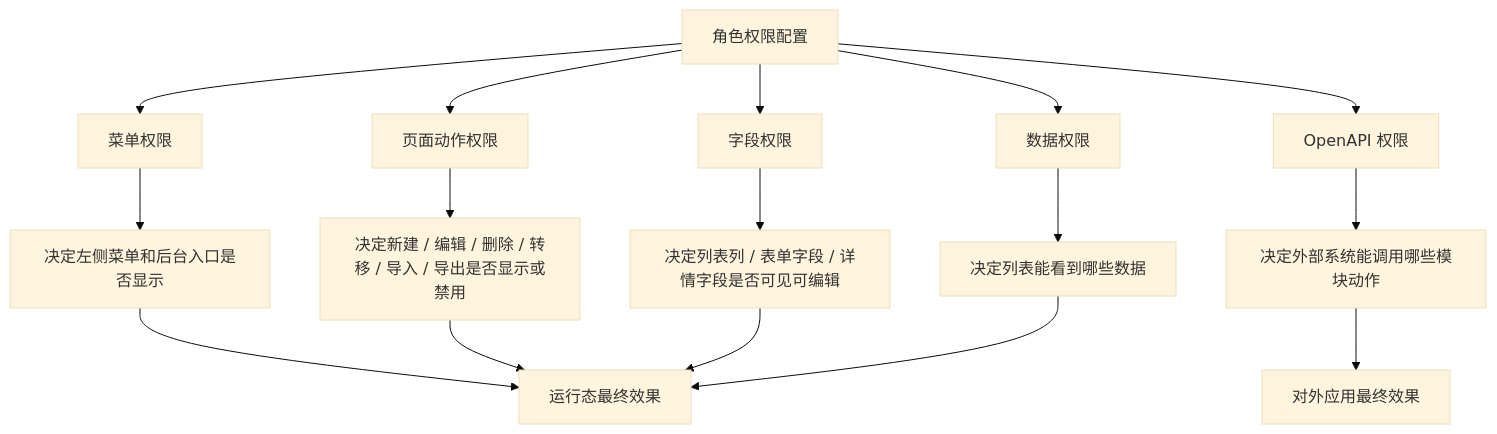
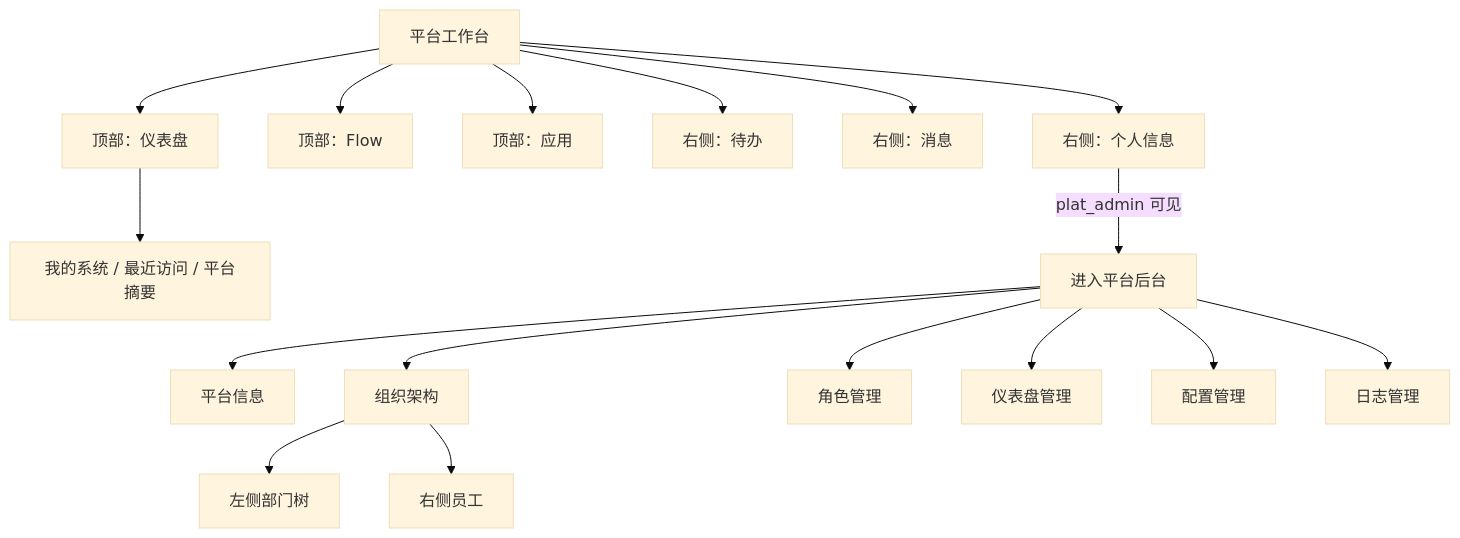
One commit to ceshi20160607/examine2 changed the fifth of 6 diagrams in docs/product-ns-map.md. Above: the diagram before and after it, drawn with Mermaid (base theme). The commit also changed other lines of this file and 112 other files, not shown here.

````diff
--- a/docs/product-ns-map.md
+++ b/docs/product-ns-map.md
@@ -285,20 +184,20 @@
 ```mermaid
 flowchart TD
-    A["角色权限配置"] --> B["菜单权限"]
-    A --> C["页面动作权限"]
-    A --> D["字段权限"]
-    A --> E["数据权限"]
-    A --> F["OpenAPI 权限"]
+    A["平台工作台"] --> A1["顶部：仪表盘"]
+    A --> A2["顶部：Flow"]
+    A --> A3["顶部：应用"]
+    A --> A4["右侧：待办"]
+    A --> A5["右侧：消息"]
+    A --> A6["右侧：个人信息"]
+    A1 --> A11["我的系统 / 最近访问 / 平台摘要"]
+    A6 -->|plat_admin 可见| B["进入平台后台"]
 
-    B --> B1["决定左侧菜单和后台入口是否显示"]
-    C --> C1["决定新建 / 编辑 / 删除 / 转移 / 导入 / 导出是否显示或禁用"]
-    D --> D1["决定列表列 / 表单字段 / 详情字段是否可见可编辑"]
-    E --> E1["决定列表能看到哪些数据"]
-    F --> F1["决定外部系统能调用哪些模块动作"]
-
-    B1 --> G["运行态最终效果"]
-    C1 --> G
-    D1 --> G
-    E1 --> G
-    F1 --> H["对外应用最终效果"]
+    B --> B1["平台信息"]
+    B --> B2["组织架构"]
+    B2 --> B21["左侧部门树"]
+    B2 --> B22["右侧员工"]
+    B --> B3["角色管理"]
+    B --> B4["仪表盘管理"]
+    B --> B5["配置管理"]
+    B --> B6["日志管理"]
 ```
````
